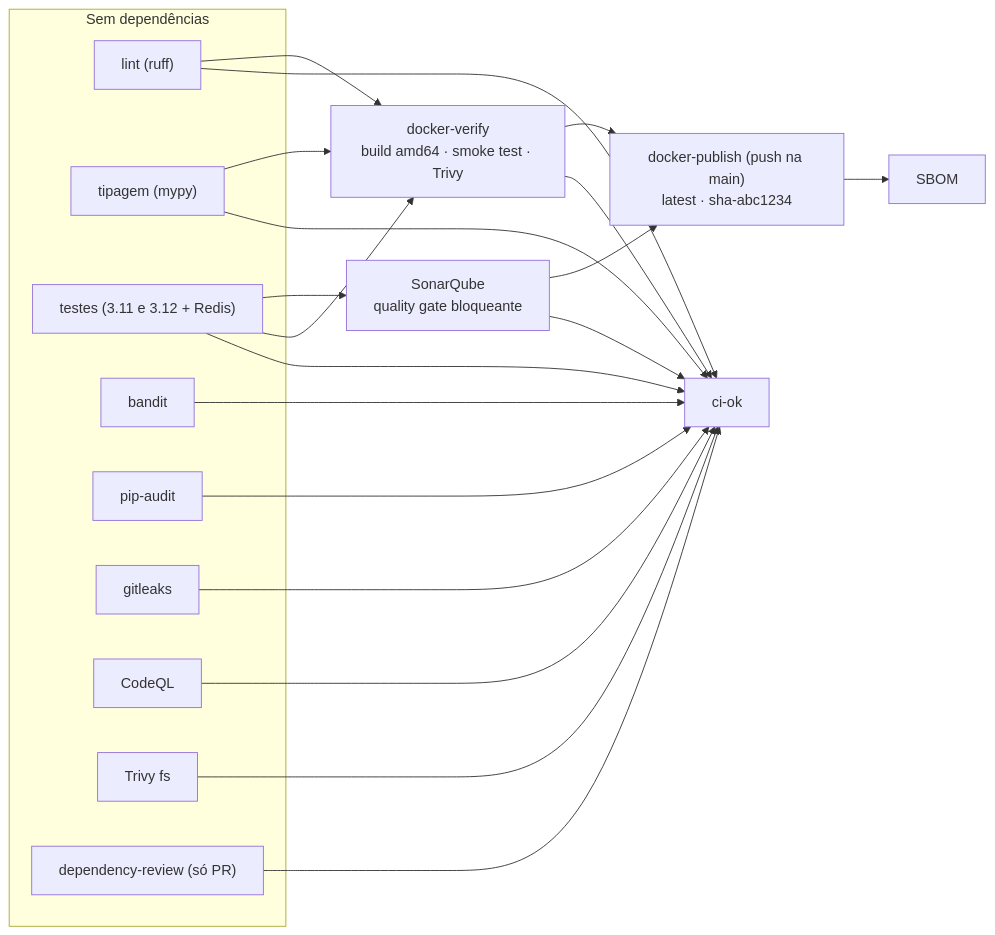
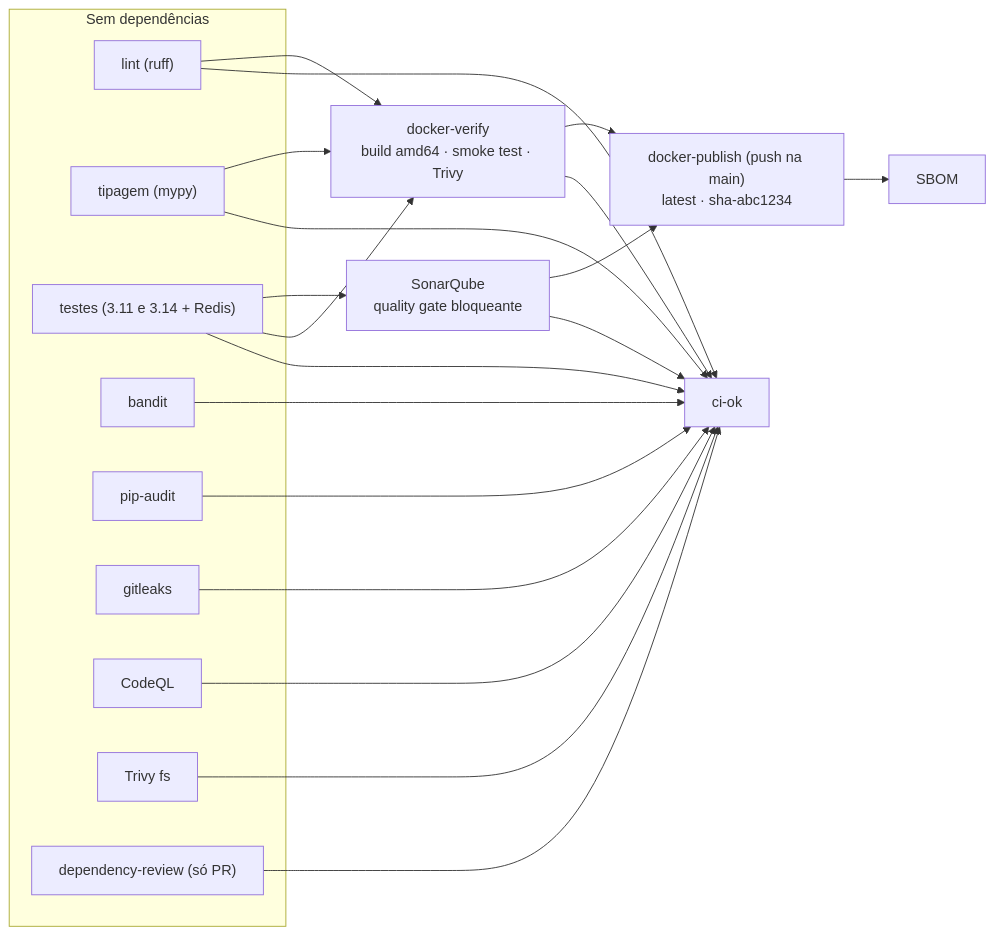
One commit to rlquilez/b3datetime changed the sixth of 7 diagrams in README.md. Above: the diagram before and after it, drawn with Mermaid. The commit also changed other lines of this file and 5 other files, not shown here.

````diff
--- a/README.md
+++ b/README.md
@@ -826,18 +826,18 @@
 ```mermaid
 flowchart LR
     subgraph paralelo["Sem dependências"]
         lint["lint (ruff)"]
         typecheck["tipagem (mypy)"]
-        test["testes (3.11 e 3.12 + Redis)"]
+        test["testes (3.11 e 3.14 + Redis)"]
         bandit["bandit"]
         pipaudit["pip-audit"]
         gitleaks["gitleaks"]
         codeql["CodeQL"]
         trivyfs["Trivy fs"]
         depreview["dependency-review (só PR)"]
     end
     test --> sonar["SonarQube<br/>quality gate bloqueante"]
     lint & typecheck & test --> dv["docker-verify<br/>build amd64 · smoke test · Trivy"]
     dv & sonar --> pub["docker-publish (push na main)<br/>latest · sha-abc1234"] --> sbom["SBOM"]
     lint & typecheck & test & sonar & bandit & pipaudit & gitleaks & codeql & trivyfs & dv & depreview --> ok["ci-ok"]
 ```
````
